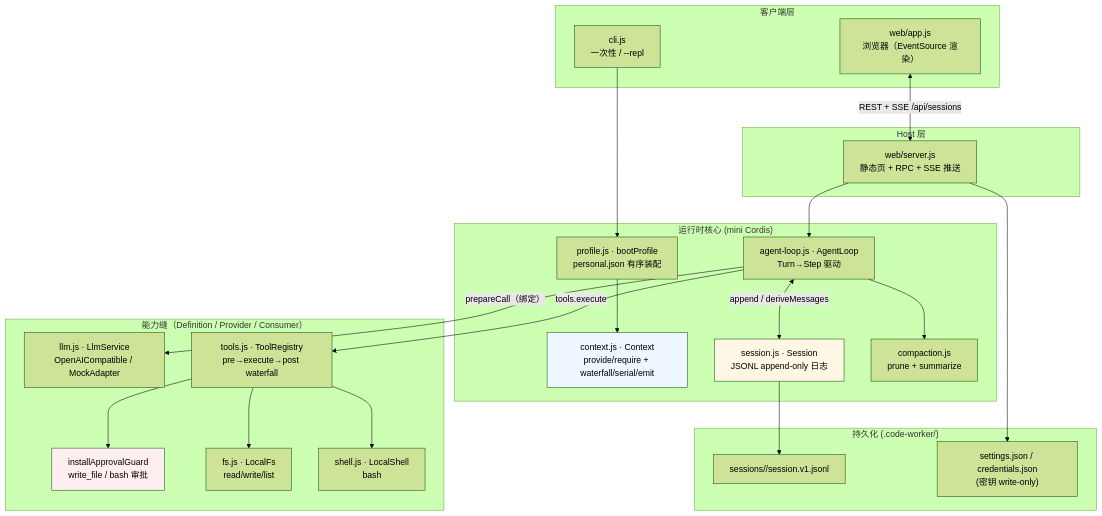
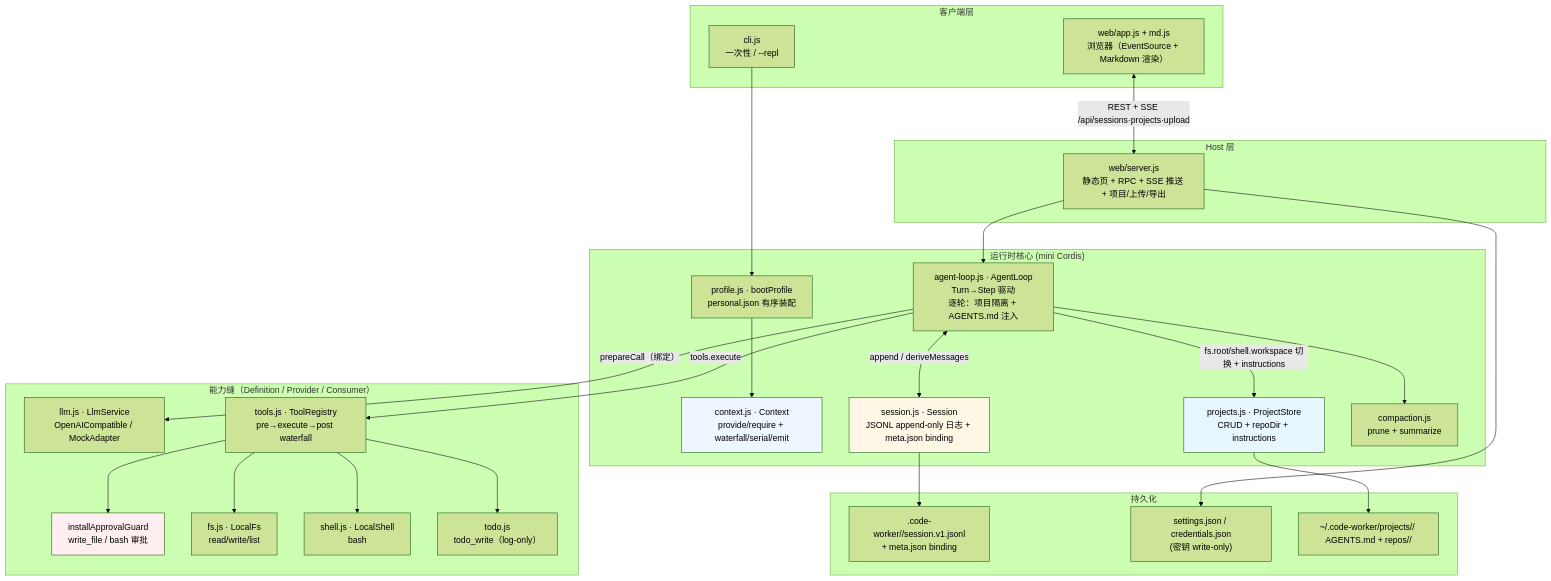
The diagram in docs/architecture.md (JimRn/code-worker), drawn with Mermaid (forest theme) before and after one commit. The commit also changed other lines of this file and 8 other files, not shown here.

Commit message:
feat(web): session list filtered by selected project; session dirs properly identified

````diff
--- a/docs/architecture.md
+++ b/docs/architecture.md
@@ -28,49 +29,56 @@
 ```mermaid
 flowchart TB
     subgraph Client["客户端层"]
         CLI["cli.js<br/>一次性 / --repl"]
-        WebUI["web/app.js<br/>浏览器（EventSource 渲染）"]
+        WebUI["web/app.js + md.js<br/>浏览器（EventSource + Markdown 渲染）"]
     end
 
     subgraph Host["Host 层"]
-        WEB["web/server.js<br/>静态页 + RPC + SSE 推送"]
+        WEB["web/server.js<br/>静态页 + RPC + SSE 推送 + 项目/上传/导出"]
     end
 
     subgraph Runtime["运行时核心 (mini Cordis)"]
         CTX["context.js · Context<br/>provide/require + waterfall/serial/emit"]
-        LOOP["agent-loop.js · AgentLoop<br/>Turn→Step 驱动"]
-        SES["session.js · Session<br/>JSONL append-only 日志"]
+        LOOP["agent-loop.js · AgentLoop<br/>Turn→Step 驱动<br/>逐轮：项目隔离 + AGENTS.md 注入"]
+        SES["session.js · Session<br/>JSONL append-only 日志 + meta.json binding"]
+        PROJ["projects.js · ProjectStore<br/>CRUD + repoDir + instructions"]
         COMP["compaction.js<br/>prune + summarize"]
         PRO["profile.js · bootProfile<br/>personal.json 有序装配"]
     end
 
     subgraph Seams["能力缝（Definition / Provider / Consumer）"]
         LLM["llm.js · LlmService<br/>OpenAICompatible / MockAdapter"]
         TOOLS["tools.js · ToolRegistry<br/>pre→execute→post waterfall"]
         GUARD["installApprovalGuard<br/>write_file / bash 审批"]
         FS["fs.js · LocalFs<br/>read/write/list"]
         SH["shell.js · LocalShell<br/>bash"]
+        TODO["todo.js<br/>todo_write（log-only）"]
     end
 
-    subgraph Data["持久化 (.code-worker/)"]
-        LOG["sessions/<id>/session.v1.jsonl"]
+    subgraph Data["持久化"]
+        LOG[".code-worker/<id>/session.v1.jsonl<br/>+ meta.json binding"]
         SET["settings.json / credentials.json<br/>(密钥 write-only)"]
+        PRJ["~/.code-worker/projects/<id>/ AGENTS.md + repos/<repo>/"]
     end
 
     CLI --> PRO --> CTX
-    WebUI <-->|"REST + SSE /api/sessions"| WEB
+    WebUI <-->|"REST + SSE /api/sessions·projects·upload"| WEB
     WEB --> LOOP
     LOOP <-->|"append / deriveMessages"| SES
     LOOP -->|"prepareCall（绑定）"| LLM
     LOOP -->|"tools.execute"| TOOLS
     TOOLS --> GUARD
     TOOLS --> FS
     TOOLS --> SH
+    TOOLS --> TODO
     LOOP --> COMP
+    LOOP -->|"fs.root/shell.workspace 切换 + instructions"| PROJ
     SES --> LOG
     WEB --> SET
+    PROJ --> PRJ
 
     style CTX fill:#eef6ff
     style SES fill:#fff7e6
     style GUARD fill:#ffeef0
+    style PROJ fill:#e6f7ff
 ```
````
